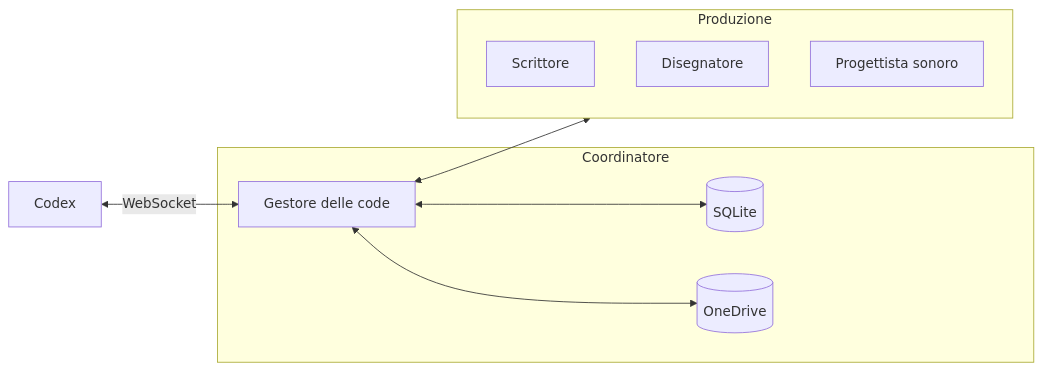
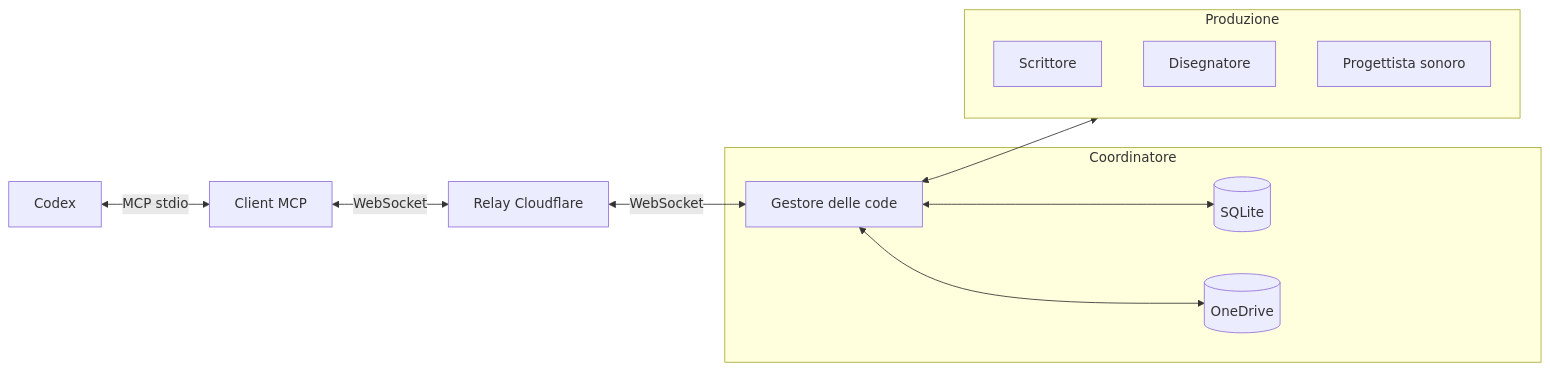
Before and after one commit to DRincs-Productions/LM-Studio: the second of 6 diagrams in README.md, drawn with Mermaid. The commit also changed other lines of this file and 17 other files, not shown here.

Commit message:
feat: add fail-closed authenticated relay client

````diff
--- a/README.md
+++ b/README.md
@@ -82,18 +82,22 @@
 ```mermaid
 flowchart LR
     R[Codex]
     subgraph COORD[Coordinatore]
         C[Gestore delle code]
         DB[(SQLite)]
         OD[(OneDrive)]
     end
+    CLIENT[Client MCP]
+    CF[Relay Cloudflare]
     subgraph PRODUZIONE[Produzione]
         W[Scrittore]
         D[Disegnatore]
         S[Progettista sonoro]
     end
-    R <-->|WebSocket| C
+    R <-->|MCP stdio| CLIENT
+    CLIENT <-->|WebSocket| CF
+    CF <-->|WebSocket| C
     C <--> DB
     C <--> OD
     C <--> PRODUZIONE
 ```
````
